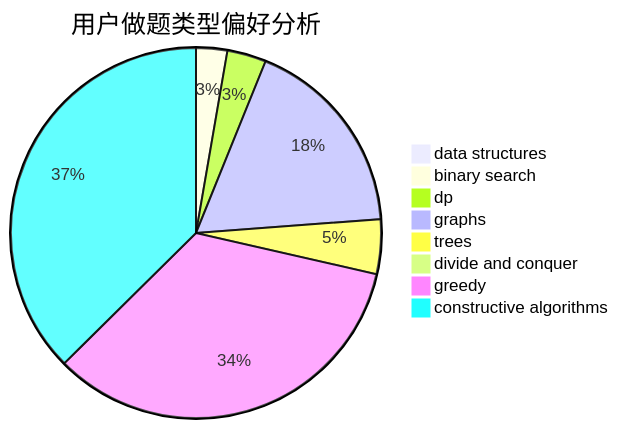
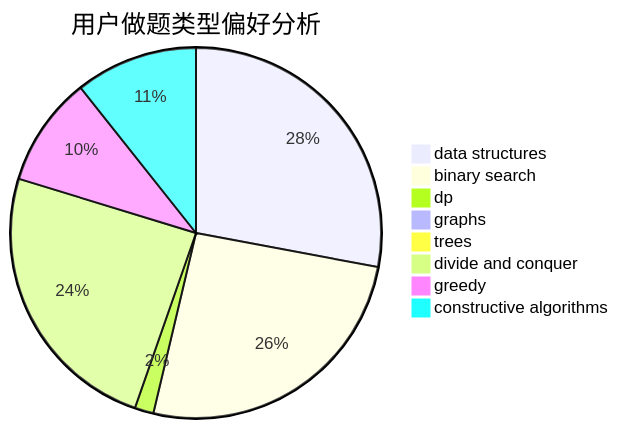
One commit to sherpahu/cfrs.github.io changed the second of 3 diagrams in docs/user/u2392.md. Above: the diagram before and after it, drawn with Mermaid. The commit also changed other lines of this file and 2770 other files, not shown here.

````diff
--- a/docs/user/u2392.md
+++ b/docs/user/u2392.md
@@ -23,11 +23,11 @@
 ```mermaid
 pie title 用户做题类型偏好分析
-    "data structures" :  1
-    "binary search" :  4
-    "dp" :  5
-    "graphs" :  26
-    "trees" :  7
-    "divide and conquer" :  0
-    "greedy" :  50
-    "constructive algorithms" :  55
+    "data structures" :  102
+    "binary search" :  94
+    "dp" :  6
+    "graphs" :  0
+    "trees" :  0
+    "divide and conquer" :  89
+    "greedy" :  35
+    "constructive algorithms" :  39
 ```
````
